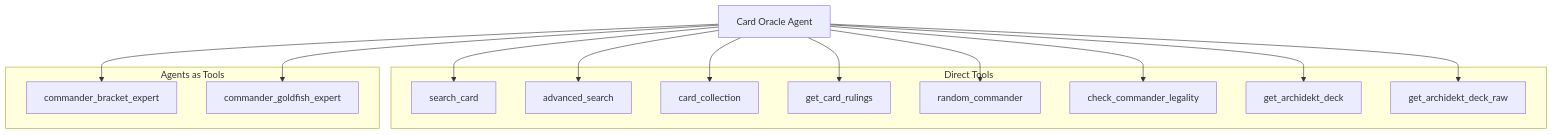
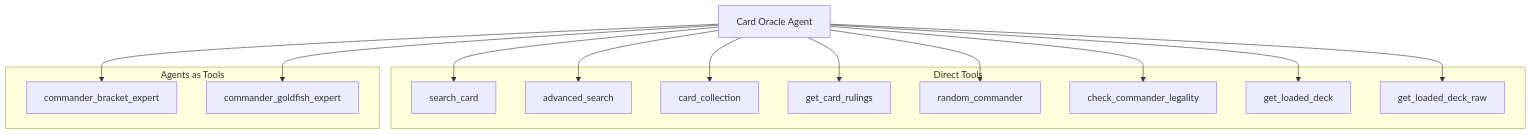
Before and after one commit to dougsaus/before-that-resolves: the first of 3 diagrams in docs/agents.md, drawn with Mermaid. The commit also changed other lines of this file and 29 other files, not shown here.

````diff
--- a/docs/agents.md
+++ b/docs/agents.md
@@ -7,31 +7,31 @@
 ```mermaid
 graph TD
   Oracle[Card Oracle Agent]
 
   subgraph Tools[Direct Tools]
     Search[search_card]
     Advanced[advanced_search]
     Collection[card_collection]
     Rulings[get_card_rulings]
     Random[random_commander]
     Legality[check_commander_legality]
-    Deck[get_archidekt_deck]
-    DeckRaw[get_archidekt_deck_raw]
+    Deck[get_loaded_deck]
+    DeckRaw[get_loaded_deck_raw]
   end
 
   subgraph SubAgents[Agents as Tools]
     Bracket[commander_bracket_expert]
     Goldfish[commander_goldfish_expert]
   end
 
   Oracle --> Search
   Oracle --> Advanced
   Oracle --> Collection
   Oracle --> Rulings
   Oracle --> Random
   Oracle --> Legality
   Oracle --> Deck
   Oracle --> DeckRaw
   Oracle --> Bracket
   Oracle --> Goldfish
 ```
````
